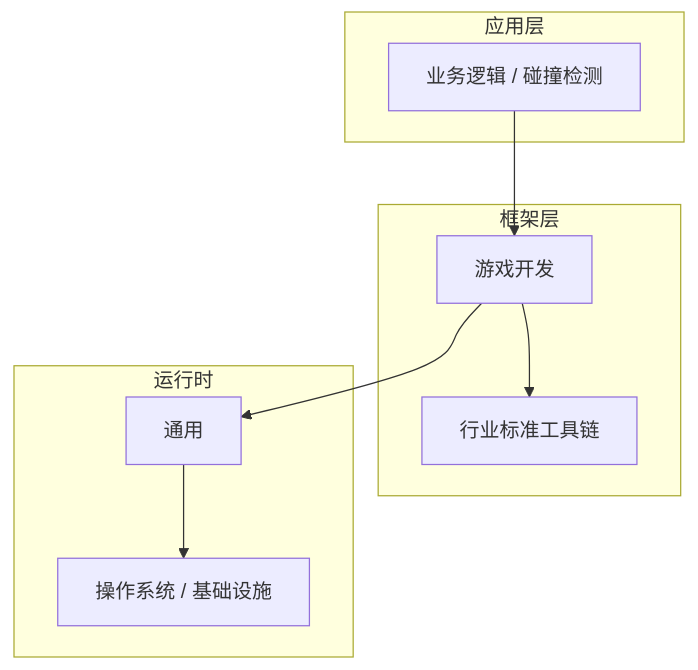
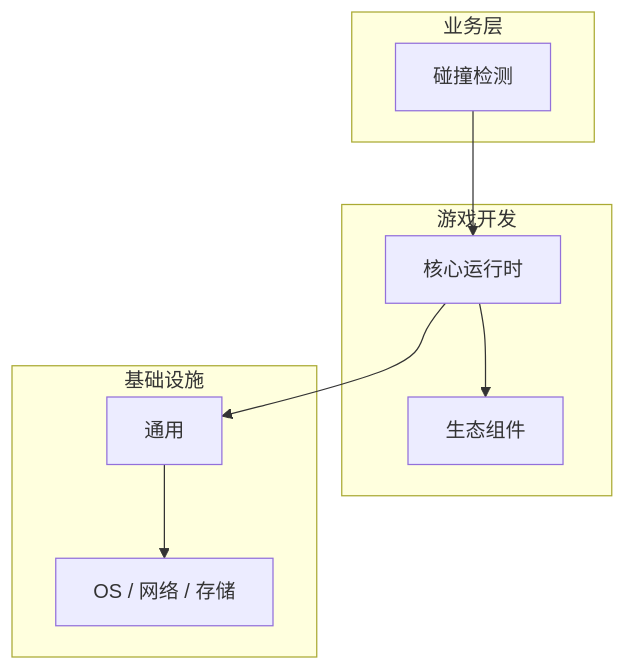
One commit to yanggan2015/knowledge-json-v2 changed the diagram in articles/游戏开发/chapters/043-碰撞检测核心概念与原理.md. Above: the diagram before and after it, drawn with Mermaid. The commit also changed other lines of this file and 10127 other files, not shown here.

````diff
--- a/articles/游戏开发/chapters/043-碰撞检测核心概念与原理.md
+++ b/articles/游戏开发/chapters/043-碰撞检测核心概念与原理.md
@@ -45,18 +30,18 @@
 ```mermaid
 graph TB
-    subgraph 应用层
-        A[业务逻辑 / 碰撞检测]
+    subgraph 业务层
+        A[碰撞检测]
     end
-    subgraph 框架层
-        B[游戏开发]
-        C[行业标准工具链]
+    subgraph 游戏开发
+        B[核心运行时]
+        C[生态组件]
     end
-    subgraph 运行时
+    subgraph 基础设施
         D[通用]
-        E[操作系统 / 基础设施]
+        E[OS / 网络 / 存储]
     end
     A --> B
     B --> C
     B --> D
     D --> E
 ```
````
